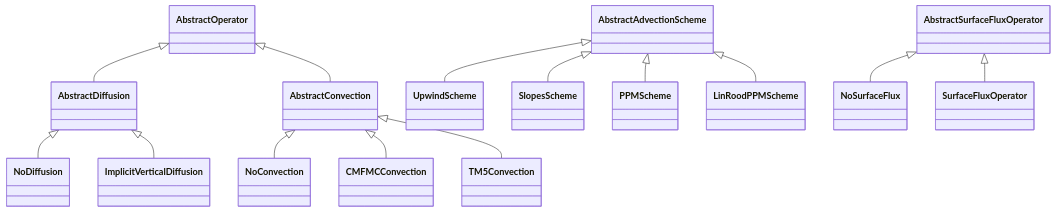
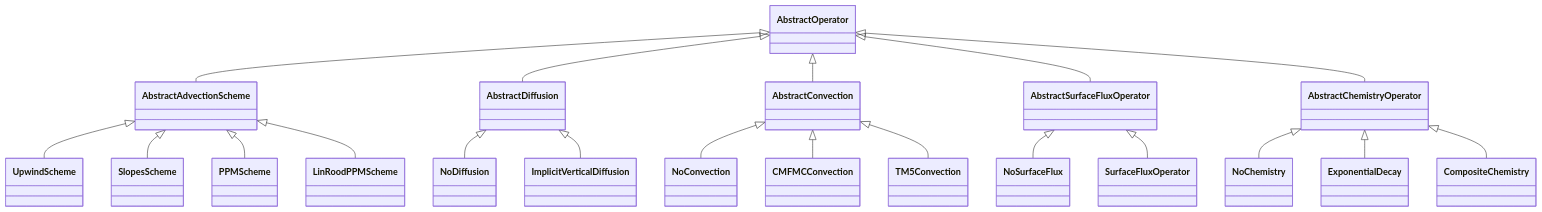
One commit to RemoteSensingTools/AtmosTransport changed the diagram in docs/src/concepts/operators.md. Above: the diagram before and after it, drawn with Mermaid. The commit also changed other lines of this file and 10 other files, not shown here.

````diff
--- a/docs/src/concepts/operators.md
+++ b/docs/src/concepts/operators.md
@@ -11,33 +11,43 @@
 ```mermaid
 classDiagram
     class AbstractOperator
     class AbstractAdvectionScheme
     class AbstractDiffusion
     class AbstractConvection
     class AbstractSurfaceFluxOperator
+    class AbstractChemistryOperator
     class UpwindScheme
     class SlopesScheme
     class PPMScheme
     class LinRoodPPMScheme
     class NoDiffusion
     class ImplicitVerticalDiffusion
     class NoConvection
     class CMFMCConvection
     class TM5Convection
     class NoSurfaceFlux
     class SurfaceFluxOperator
+    class NoChemistry
+    class ExponentialDecay
+    class CompositeChemistry
 
+    AbstractOperator <|-- AbstractAdvectionScheme
     AbstractOperator <|-- AbstractDiffusion
     AbstractOperator <|-- AbstractConvection
+    AbstractOperator <|-- AbstractSurfaceFluxOperator
+    AbstractOperator <|-- AbstractChemistryOperator
     AbstractAdvectionScheme <|-- UpwindScheme
     AbstractAdvectionScheme <|-- SlopesScheme
     AbstractAdvectionScheme <|-- PPMScheme
     AbstractAdvectionScheme <|-- LinRoodPPMScheme
     AbstractDiffusion <|-- NoDiffusion
     AbstractDiffusion <|-- ImplicitVerticalDiffusion
     AbstractConvection <|-- NoConvection
     AbstractConvection <|-- CMFMCConvection
     AbstractConvection <|-- TM5Convection
     AbstractSurfaceFluxOperator <|-- NoSurfaceFlux
     AbstractSurfaceFluxOperator <|-- SurfaceFluxOperator
+    AbstractChemistryOperator <|-- NoChemistry
+    AbstractChemistryOperator <|-- ExponentialDecay
+    AbstractChemistryOperator <|-- CompositeChemistry
 ```
````
